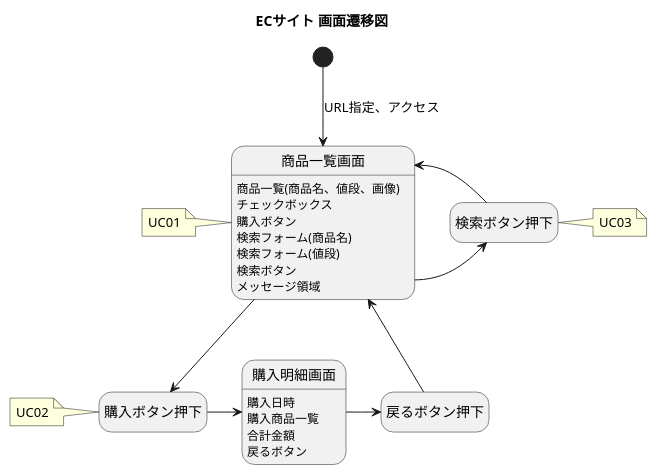
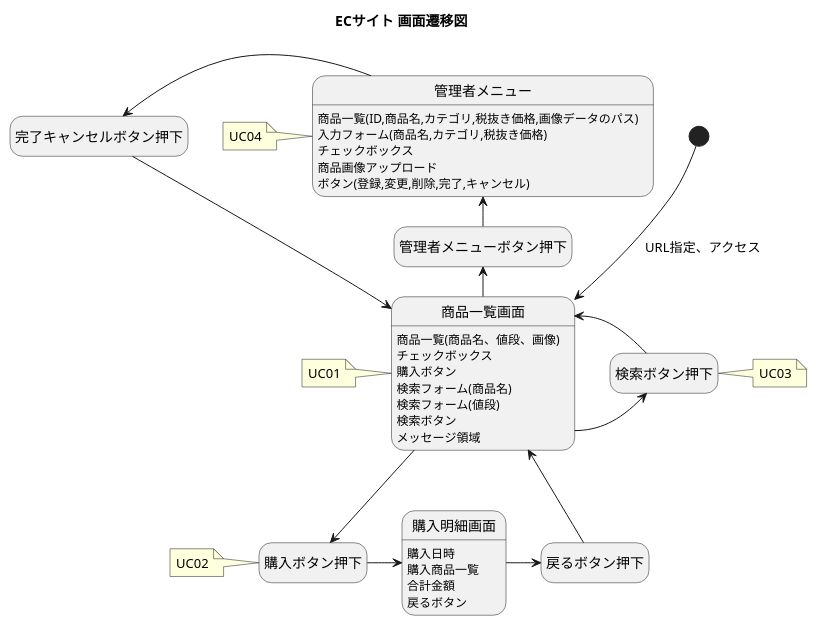
The diagram in UseCase/ScreenTransition.puml (wnakayama/ojt_ecsite), drawn with PlantUML before and after one commit. The commit also changed 3 other files, not shown here.

```diff
--- a/UseCase/ScreenTransition.puml
+++ b/UseCase/ScreenTransition.puml
@@ -1,42 +1,51 @@
 @startuml
 title ECサイト 画面遷移図
 hide empty description
 
 [*] --> 商品一覧画面 : URL指定、アクセス 
 商品一覧画面 : 商品一覧(商品名、値段、画像)
 商品一覧画面 : チェックボックス
 商品一覧画面 : 購入ボタン
 商品一覧画面 : 検索フォーム(商品名)
 商品一覧画面 : 検索フォーム(値段)
 商品一覧画面 : 検索ボタン
 商品一覧画面 : メッセージ領域
 
 note left of 商品一覧画面
 UC01
 end note
 
-
 商品一覧画面 --> 購入ボタン押下
 note left of 購入ボタン押下
 UC02
 end note
-
-' 購入ボタン押下 --> 商品一覧画面 : エラー発生
-
 
 購入ボタン押下 -right-> 購入明細画面
 購入明細画面 : 購入日時
 購入明細画面 : 購入商品一覧
 購入明細画面 : 合計金額
 購入明細画面 : 戻るボタン
 
 購入明細画面 -right-> 戻るボタン押下
 戻るボタン押下 --> 商品一覧画面
 
 商品一覧画面 -right-> 検索ボタン押下
 検索ボタン押下 -left-> 商品一覧画面
 note right of 検索ボタン押下
 UC03
 end note
 
+商品一覧画面 -left-> 管理者メニューボタン押下
+管理者メニューボタン押下 -left-> 管理者メニュー
+管理者メニュー : 商品一覧(ID,商品名,カテゴリ,税抜き価格,画像データのパス)
+管理者メニュー : 入力フォーム(商品名,カテゴリ,税抜き価格)
+管理者メニュー : チェックボックス
+管理者メニュー : 商品画像アップロード
+管理者メニュー : ボタン(登録,変更,削除,完了,キャンセル)
+管理者メニュー -left-> 完了キャンセルボタン押下 
+完了キャンセルボタン押下 --> 商品一覧画面
+
+note left of 管理者メニュー
+UC04
+end note
 @enduml
```
